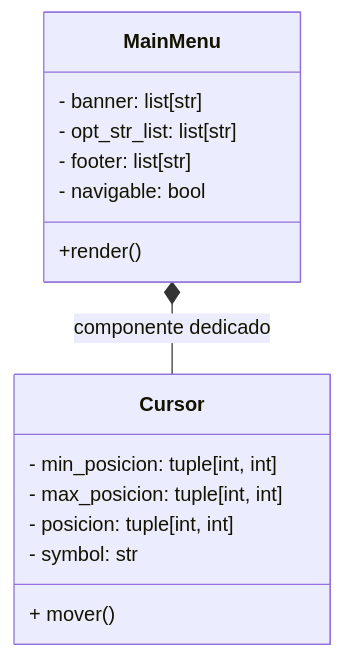
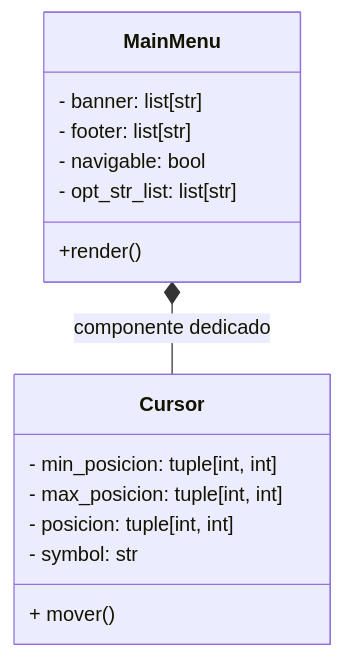
The fifth of 7 diagrams in README.md (MarcosBernardC/ohm-tui), drawn with Mermaid before and after one commit. The commit also changed other lines of this file, not shown here.

````diff
--- a/README.md
+++ b/README.md
@@ -286,18 +273,18 @@
 ```mermaid
 classDiagram
 class MainMenu{
     - banner: list[str]
-    - opt_str_list: list[str]
     - footer: list[str]
     - navigable: bool
+    - opt_str_list: list[str] 
     +render()
 }
 class Cursor {
     - min_posicion: tuple[int, int]
     - max_posicion: tuple[int, int]
     - posicion: tuple[int, int]
     - symbol: str
     + mover()
 }
 MainMenu *-- Cursor : componente dedicado
 ```
````
